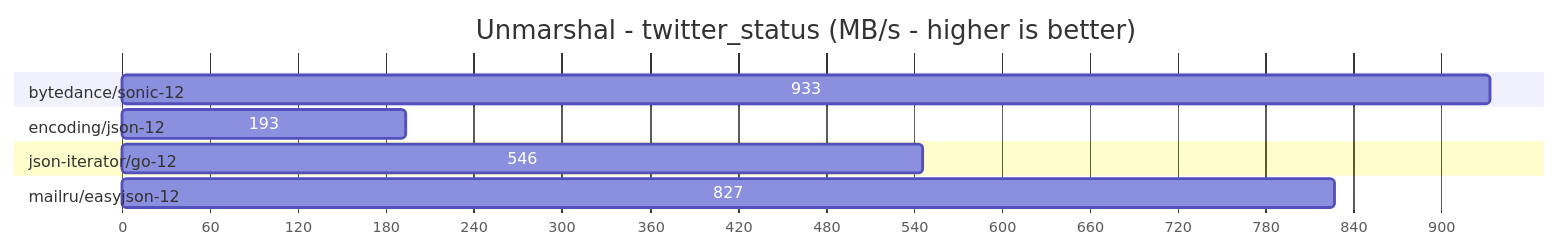
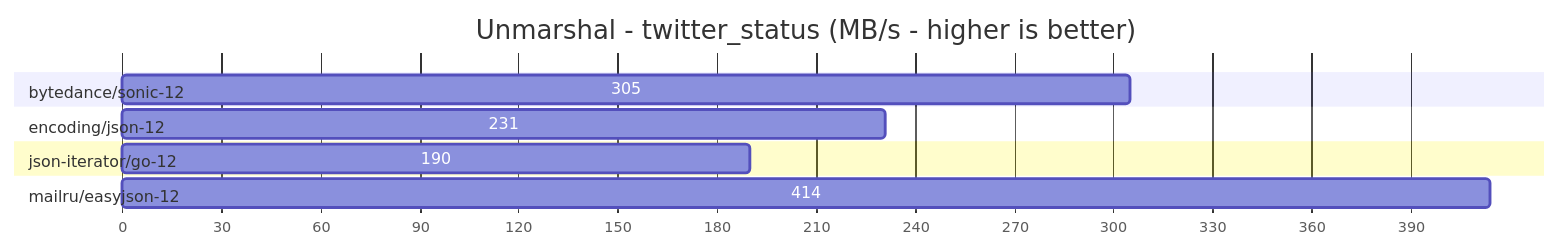
Before and after one commit to compashka/json-benchmarks: diagram 12 of 12 in README.md, drawn with Mermaid. The commit also changed other lines of this file and 23 other files, not shown here.

````diff
--- a/README.md
+++ b/README.md
@@ -187,15 +197,15 @@
 ```mermaid
 gantt
 title Unmarshal - twitter_status (MB/s - higher is better)
 dateFormat X
 axisFormat %s
 
 section bytedance/sonic-12      
-933 :0, 933
+305:0,305
 section encoding/json-12        
-193 :0, 193
+231:0,231
 section json-iterator/go-12     
-546 :0, 546
+190:0,190
 section mailru/easyjson-12      
-827 :0, 827
+414:0,414
 ```
````
